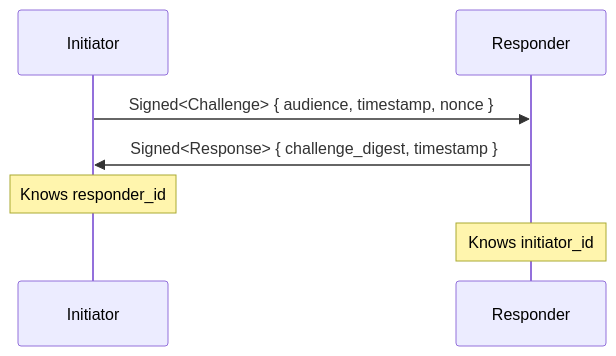
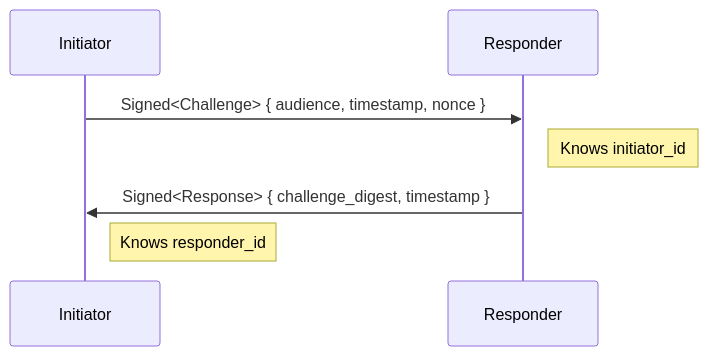
Before and after one commit to inkandswitch/subduction: the first of 4 diagrams in design/handshake.md, drawn with Mermaid. The commit also changed other lines of this file, not shown here.

Commit message:
Improve diagrams

````diff
--- a/design/handshake.md
+++ b/design/handshake.md
@@ -12,11 +12,10 @@
 ```mermaid
 sequenceDiagram
     participant I as Initiator
     participant R as Responder
 
     I->>R: Signed<Challenge> { audience, timestamp, nonce }
+    Note right of R: Knows initiator_id
     R->>I: Signed<Response> { challenge_digest, timestamp }
-
-    Note over I: Knows responder_id
-    Note over R: Knows initiator_id
+    Note right of I: Knows responder_id
 ```
````
